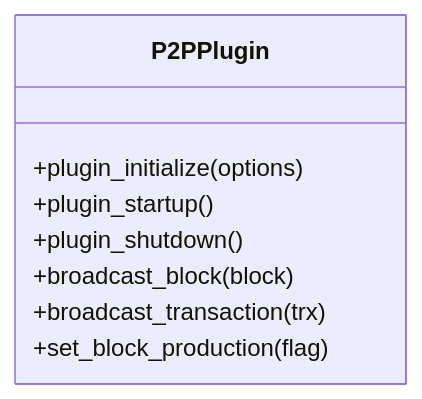
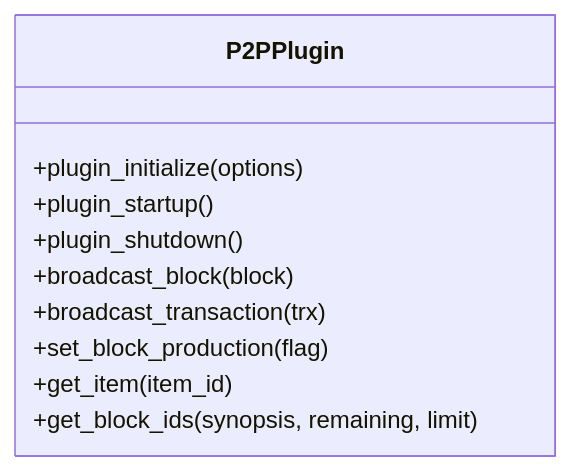
Before and after one commit to VIZ-Blockchain/viz-cpp-node: the eighth of 17 diagrams in .qoder/repowiki/en/content/Plugin System/Plugin System.md, drawn with Mermaid. The commit also changed other lines of this file and 4 other files, not shown here.

````diff
--- a/.qoder/repowiki/en/content/Plugin System/Plugin System.md
+++ b/.qoder/repowiki/en/content/Plugin System/Plugin System.md
@@ -245,11 +264,13 @@
 ```mermaid
 classDiagram
 class P2PPlugin {
 +plugin_initialize(options)
 +plugin_startup()
 +plugin_shutdown()
 +broadcast_block(block)
 +broadcast_transaction(trx)
 +set_block_production(flag)
++get_item(item_id)
++get_block_ids(synopsis, remaining, limit)
 }
 ```
````
